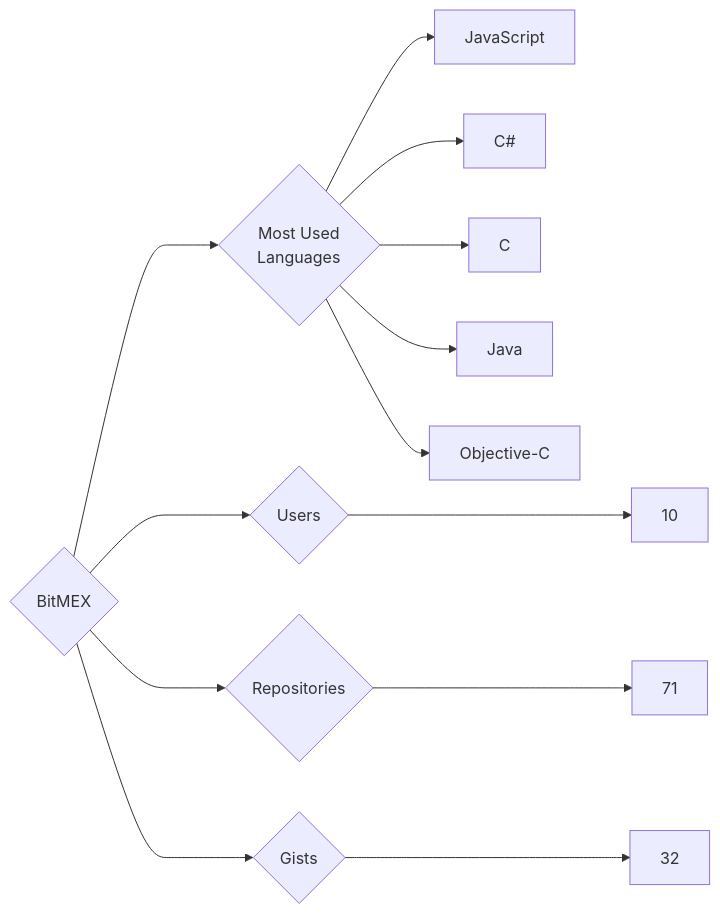
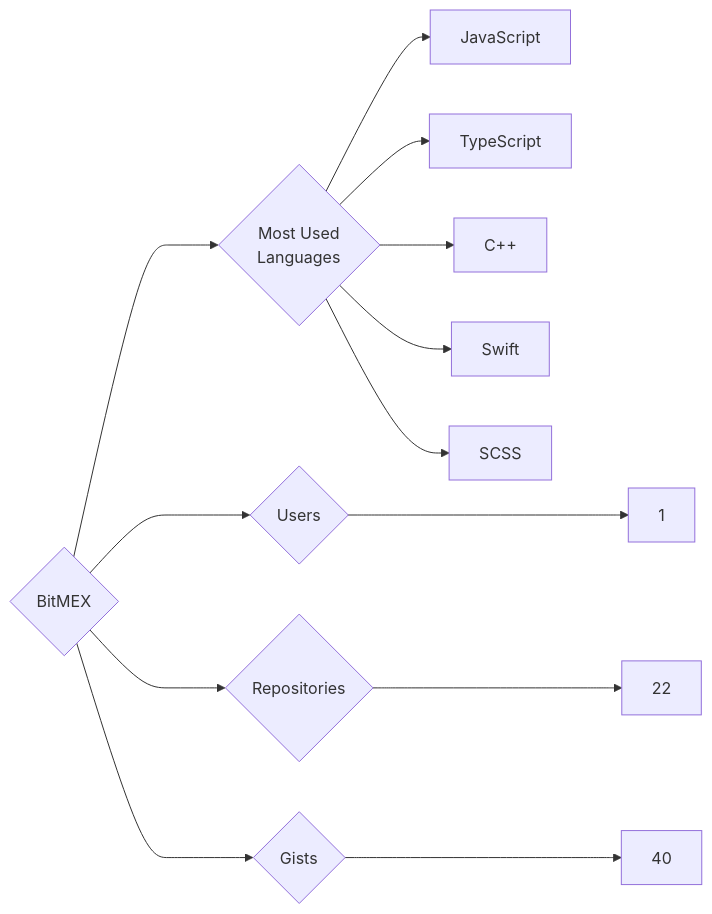
The diagram in targets/BitMEX/README.md (trickest/insiders), drawn with Mermaid before and after one commit. The commit also changed 845 other files, not shown here.

````diff
--- a/targets/BitMEX/README.md
+++ b/targets/BitMEX/README.md
@@ -3,13 +3,13 @@
 ```mermaid
 graph LR
 COMPANY_NAME{BitMEX}
-COMPANY_NAME ---> U{Users} ---> UN[10]
-COMPANY_NAME ---> R{Repositories} ---> RN[71]
-COMPANY_NAME ---> G{Gists} ---> GN[32]
+COMPANY_NAME ---> U{Users} ---> UN[1]
+COMPANY_NAME ---> R{Repositories} ---> RN[22]
+COMPANY_NAME ---> G{Gists} ---> GN[40]
 COMPANY_NAME ---> ML{Most Used<br>Languages}
 ML --> JavaScript[JavaScript]
-ML --> C#[C#]
-ML --> C[C]
-ML --> Java[Java]
-ML --> Objective-C[Objective-C]
+ML --> TypeScript[TypeScript]
+ML --> C++[C++]
+ML --> Swift[Swift]
+ML --> SCSS[SCSS]
 ```
````
